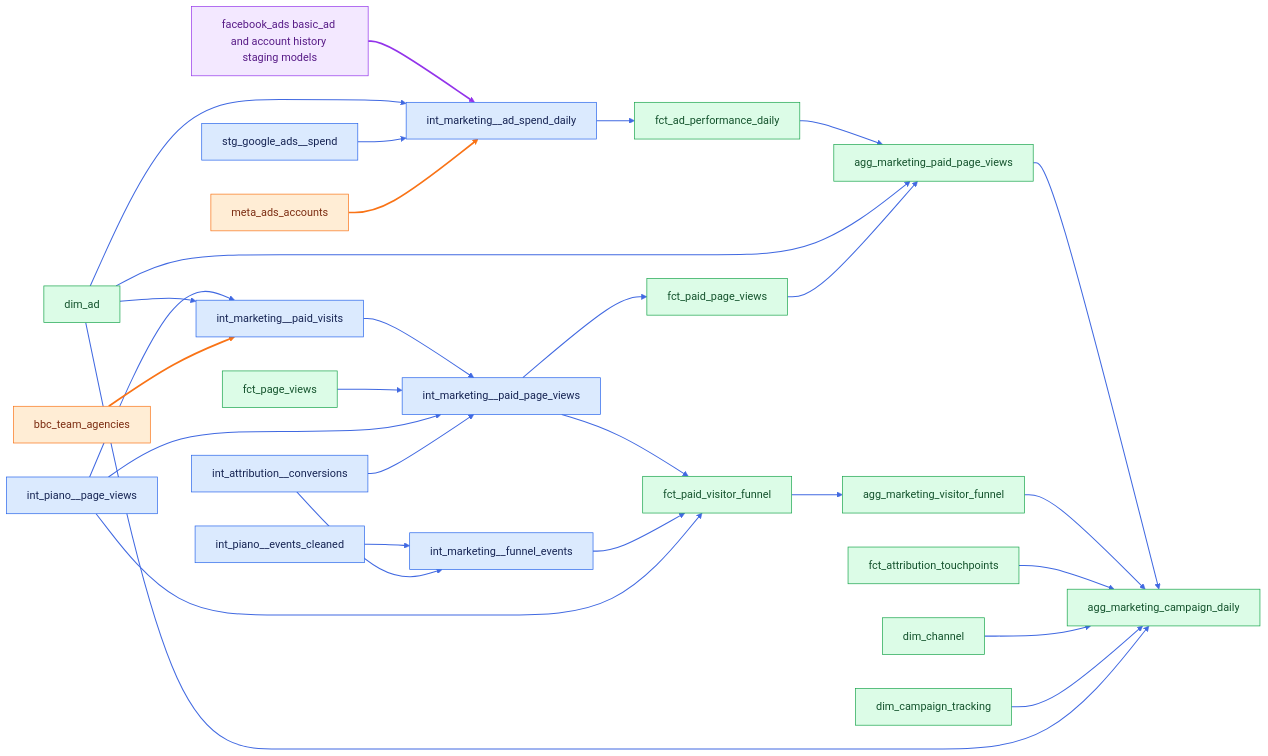
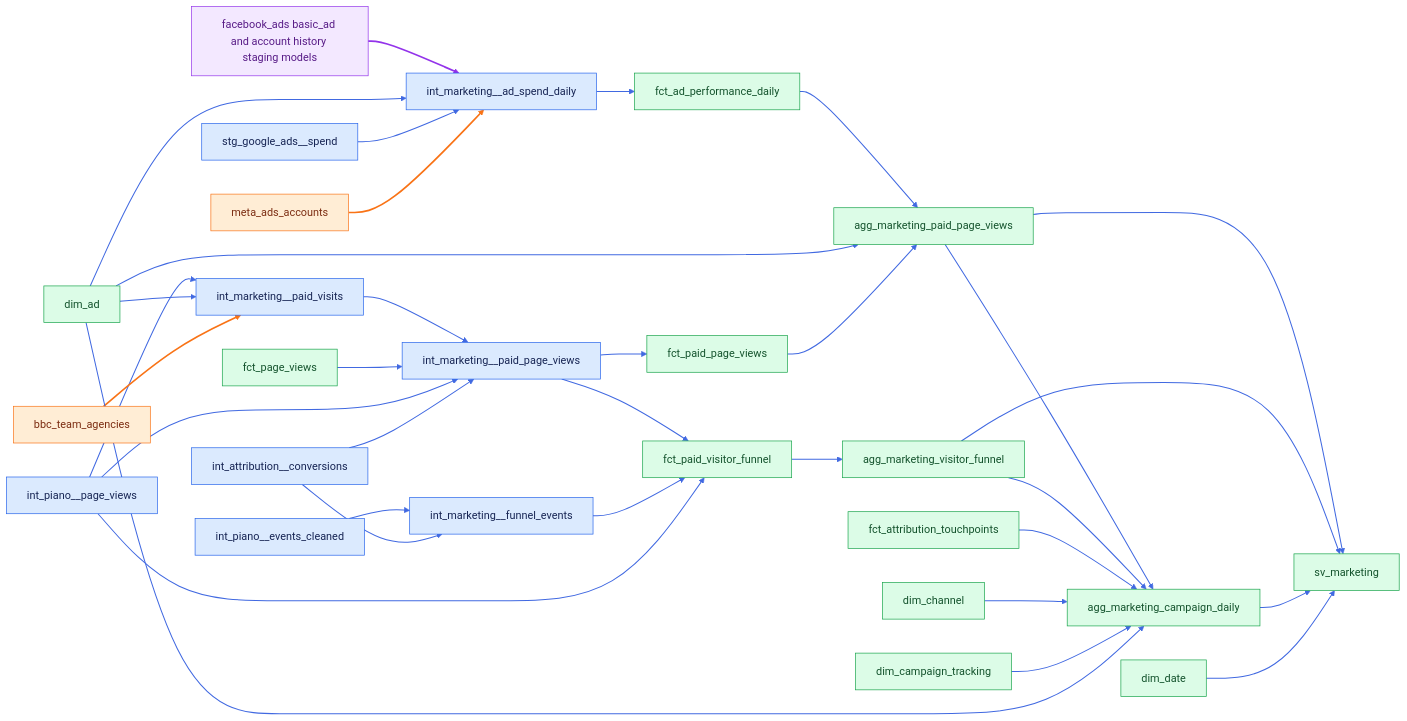
One commit to angelatanbbc/angela_bbc changed the seventh of 10 diagrams in docs/lineage.md. Above: the diagram before and after it, drawn with Mermaid. The commit also changed other lines of this file and 3 other files, not shown here.

````diff
--- a/docs/lineage.md
+++ b/docs/lineage.md
@@ -242,38 +242,42 @@
 ```mermaid
 graph LR
     classDef seed fill:#ffedd5,stroke:#f97316,color:#7c2d12
     classDef model fill:#dbeafe,stroke:#2563eb,color:#172554
     classDef mart fill:#dcfce7,stroke:#16a34a,color:#14532d
     classDef package fill:#f3e8ff,stroke:#9333ea,color:#581c87
     page_views["int_piano__page_views"]:::model --> paid_visits["int_marketing__paid_visits"]:::model
     ad["dim_ad"]:::mart --> paid_visits
     agencies["bbc_team_agencies"]:::seed --> paid_visits
     paid_visits --> paid_pv["int_marketing__paid_page_views"]:::model
     fct_pv["fct_page_views"]:::mart --> paid_pv
     page_views --> paid_pv
     conversions["int_attribution__conversions"]:::model --> paid_pv
     cleaned["int_piano__events_cleaned"]:::model --> funnel_events["int_marketing__funnel_events"]:::model
     conversions --> funnel_events
     fb["facebook_ads basic_ad and account history staging models"]:::package --> spend["int_marketing__ad_spend_daily"]:::model
     ad --> spend
     google_stg["stg_google_ads__spend"]:::model --> spend
     accounts["meta_ads_accounts"]:::seed --> spend
     spend --> perf["fct_ad_performance_daily"]:::mart
     paid_pv --> fct_paid["fct_paid_page_views"]:::mart
     paid_pv --> funnel["fct_paid_visitor_funnel"]:::mart
     funnel_events --> funnel
     perf --> g3["agg_marketing_paid_page_views"]:::mart
     ad --> g3
     fct_paid --> g3
     funnel --> g4["agg_marketing_visitor_funnel"]:::mart
     g3 --> g5["agg_marketing_campaign_daily"]:::mart
     g4 --> g5
     attribution["fct_attribution_touchpoints"]:::mart --> g5
     channel["dim_channel"]:::mart --> g5
     tracking["dim_campaign_tracking"]:::mart --> g5
     ad --> g5
     page_views --> funnel
-    linkStyle 0,1,3,4,5,6,7,8,10,11,13,14,15,16,17,18,19,20,21,22,23,24,25,26,27 stroke:#4169e1,stroke-width:1.5px
+    g3 --> sv_m["sv_marketing"]:::mart
+    g4 --> sv_m
+    g5 --> sv_m
+    dates["dim_date"]:::mart --> sv_m
+    linkStyle 0,1,3,4,5,6,7,8,10,11,13,14,15,16,17,18,19,20,21,22,23,24,25,26,27,28,29,30,31 stroke:#4169e1,stroke-width:1.5px
     linkStyle 2,12 stroke:#f97316,stroke-width:2.5px
     linkStyle 9 stroke:#9333ea,stroke-width:2.5px
 ```
````
